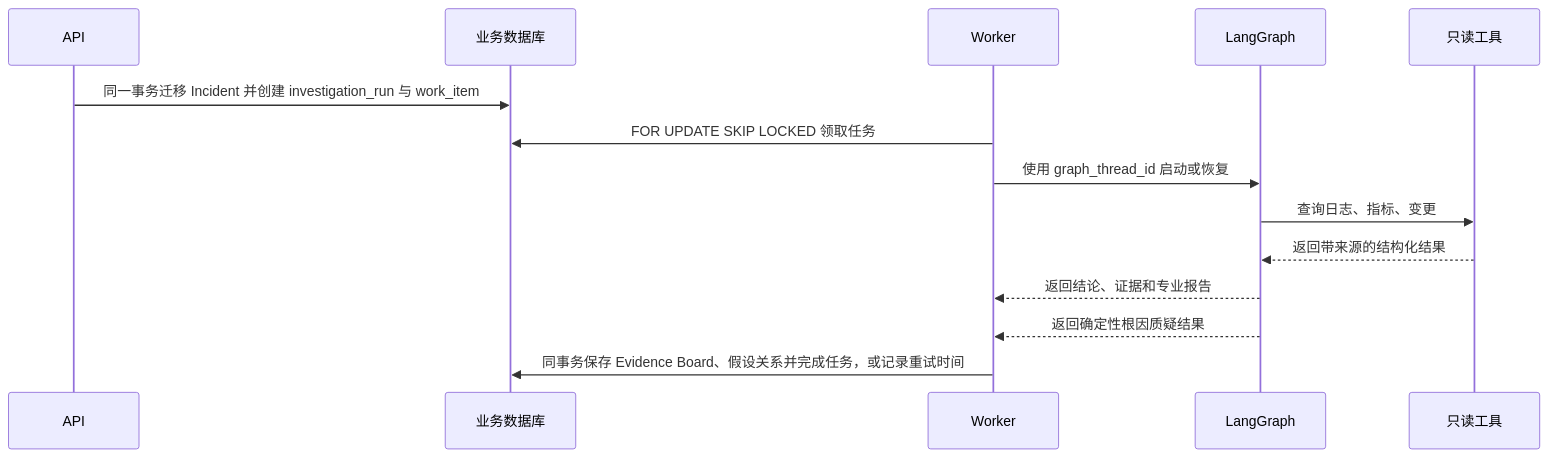
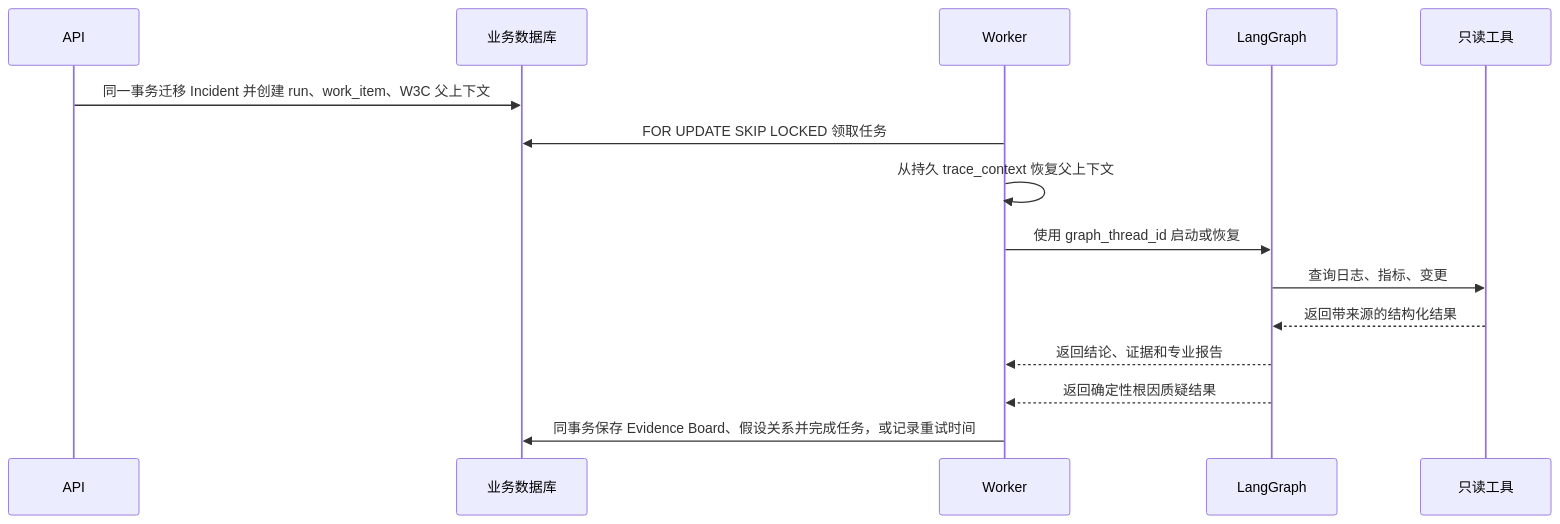
One commit to kill-t/ops-swarm changed the second of 2 diagrams in docs/architecture/02-system-architecture.md. Above: the diagram before and after it, drawn with Mermaid. The commit also changed other lines of this file and 33 other files, not shown here.

````diff
--- a/docs/architecture/02-system-architecture.md
+++ b/docs/architecture/02-system-architecture.md
@@ -76,17 +79,18 @@
 ```mermaid
 sequenceDiagram
     participant API
     participant DB as 业务数据库
     participant Worker
     participant Graph as LangGraph
     participant Tool as 只读工具
 
-    API->>DB: 同一事务迁移 Incident 并创建 investigation_run 与 work_item
+    API->>DB: 同一事务迁移 Incident 并创建 run、work_item、W3C 父上下文
     Worker->>DB: FOR UPDATE SKIP LOCKED 领取任务
+    Worker->>Worker: 从持久 trace_context 恢复父上下文
     Worker->>Graph: 使用 graph_thread_id 启动或恢复
     Graph->>Tool: 查询日志、指标、变更
     Tool-->>Graph: 返回带来源的结构化结果
     Graph-->>Worker: 返回结论、证据和专业报告
     Graph-->>Worker: 返回确定性根因质疑结果
     Worker->>DB: 同事务保存 Evidence Board、假设关系并完成任务，或记录重试时间
 ```
````
